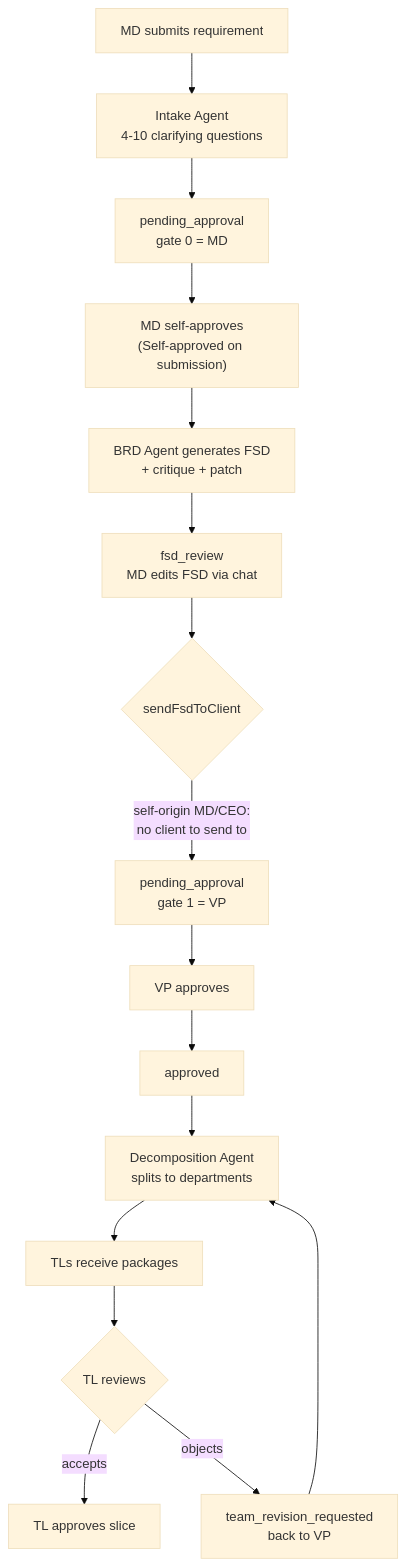
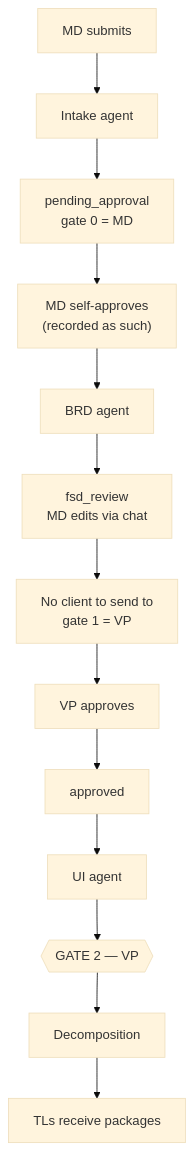
The fourth of 8 diagrams in docs/architecture.md (ronit-j-sdms1030/ai-factory), drawn with Mermaid (base theme) before and after one commit. The commit also changed other lines of this file and 2 other files, not shown here.

````diff
--- a/docs/architecture.md
+++ b/docs/architecture.md
@@ -89,18 +176,12 @@
 ```mermaid
 flowchart TD
-    A[MD submits requirement] --> B[Intake Agent<br/>4-10 clarifying questions]
+    A[MD submits] --> B[Intake agent]
     B --> C[pending_approval<br/>gate 0 = MD]
-    C --> D["MD self-approves<br/>(Self-approved on submission)"]
-    D --> E[BRD Agent generates FSD<br/>+ critique + patch]
-    E --> F[fsd_review<br/>MD edits FSD via chat]
-    F --> G{sendFsdToClient}
-    G -->|self-origin MD/CEO:<br/>no client to send to| H[pending_approval<br/>gate 1 = VP]
-    H --> I[VP approves]
-    I --> J[approved]
-    J --> K[Decomposition Agent<br/>splits to departments]
-    K --> L[TLs receive packages]
-    L --> M{TL reviews}
-    M -->|accepts| N[TL approves slice]
-    M -->|objects| O[team_revision_requested<br/>back to VP]
-    O --> K
+    C --> D["MD self-approves<br/>(recorded as such)"]
+    D --> E[BRD agent]
+    E --> F[fsd_review<br/>MD edits via chat]
+    F --> G[No client to send to<br/>gate 1 = VP]
+    G --> H[VP approves] --> I[approved]
+    I --> J[UI agent] --> K{{GATE 2 — VP}}
+    K --> L[Decomposition] --> M[TLs receive packages]
 ```
````
